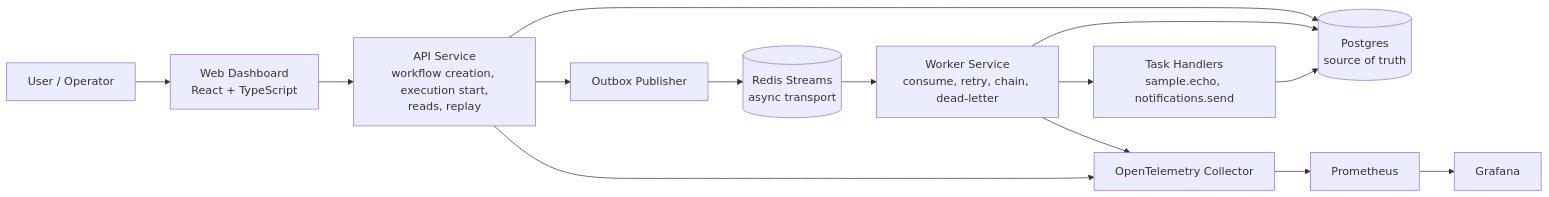
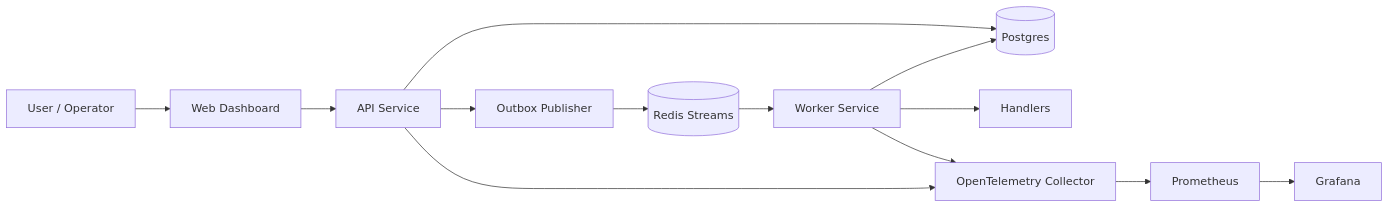
Before and after one commit to codetitan9999/DurableWorkFlowEngine: the first of 4 diagrams in ARCHITECTURE.md, drawn with Mermaid. The commit also changed other lines of this file, not shown here.

Commit message:
Condense architecture reference

````diff
--- a/ARCHITECTURE.md
+++ b/ARCHITECTURE.md
@@ -60,16 +43,15 @@
 ```mermaid
 flowchart LR
-    User["User / Operator"] --> Web["Web Dashboard<br/>React + TypeScript"]
-    Web --> API["API Service<br/>workflow creation, execution start,<br/>reads, replay"]
-    API --> PG[("Postgres<br/>source of truth")]
+    User["User / Operator"] --> Web["Web Dashboard"]
+    Web --> API["API Service"]
+    API --> PG[("Postgres")]
     API --> Outbox["Outbox Publisher"]
-    Outbox --> Redis[("Redis Streams<br/>async transport")]
-    Redis --> Worker["Worker Service<br/>consume, retry, chain, dead-letter"]
+    Outbox --> Redis[("Redis Streams")]
+    Redis --> Worker["Worker Service"]
     Worker --> PG
-    Worker --> Handlers["Task Handlers<br/>sample.echo, notifications.send"]
-    Handlers --> PG
+    Worker --> Handlers["Handlers"]
     API --> OTEL["OpenTelemetry Collector"]
     Worker --> OTEL
     OTEL --> Prom["Prometheus"]
     Prom --> Graf["Grafana"]
 ```
````
